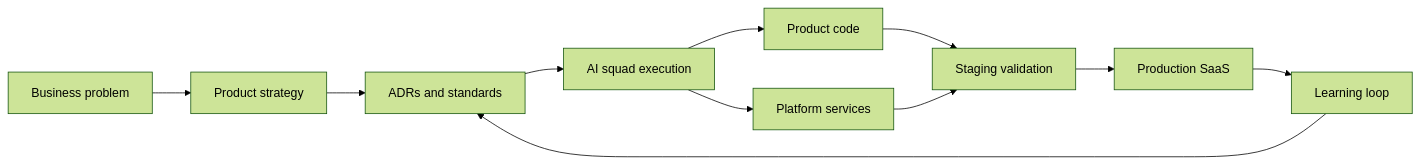
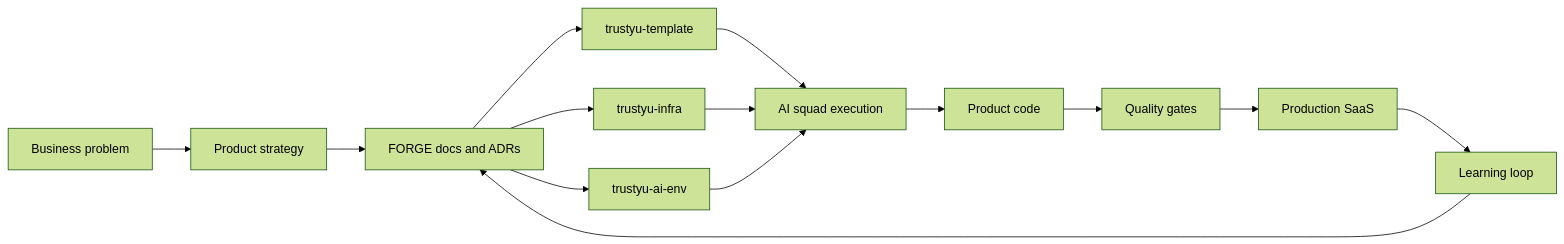
The diagram in README.md (fernandoparreiras/fernandoparreiras), drawn with Mermaid (forest theme) before and after one commit. The commit also changed other lines of this file and 2 other files, not shown here.

Commit message:
Update profile branding to Trustyu FORGE

````diff
--- a/README.md
+++ b/README.md
@@ -90,13 +98,16 @@
 ```mermaid
 flowchart LR
   A["Business problem"] --> B["Product strategy"]
-  B --> C["ADRs and standards"]
-  C --> D["AI squad execution"]
-  D --> E["Product code"]
-  D --> F["Platform services"]
-  E --> G["Staging validation"]
+  B --> C["FORGE docs and ADRs"]
+  C --> D["trustyu-template"]
+  C --> E["trustyu-infra"]
+  C --> F["trustyu-ai-env"]
+  D --> G["AI squad execution"]
+  E --> G
   F --> G
-  G --> H["Production SaaS"]
-  H --> I["Learning loop"]
-  I --> C
+  G --> H["Product code"]
+  H --> I["Quality gates"]
+  I --> J["Production SaaS"]
+  J --> K["Learning loop"]
+  K --> C
 ```
````
